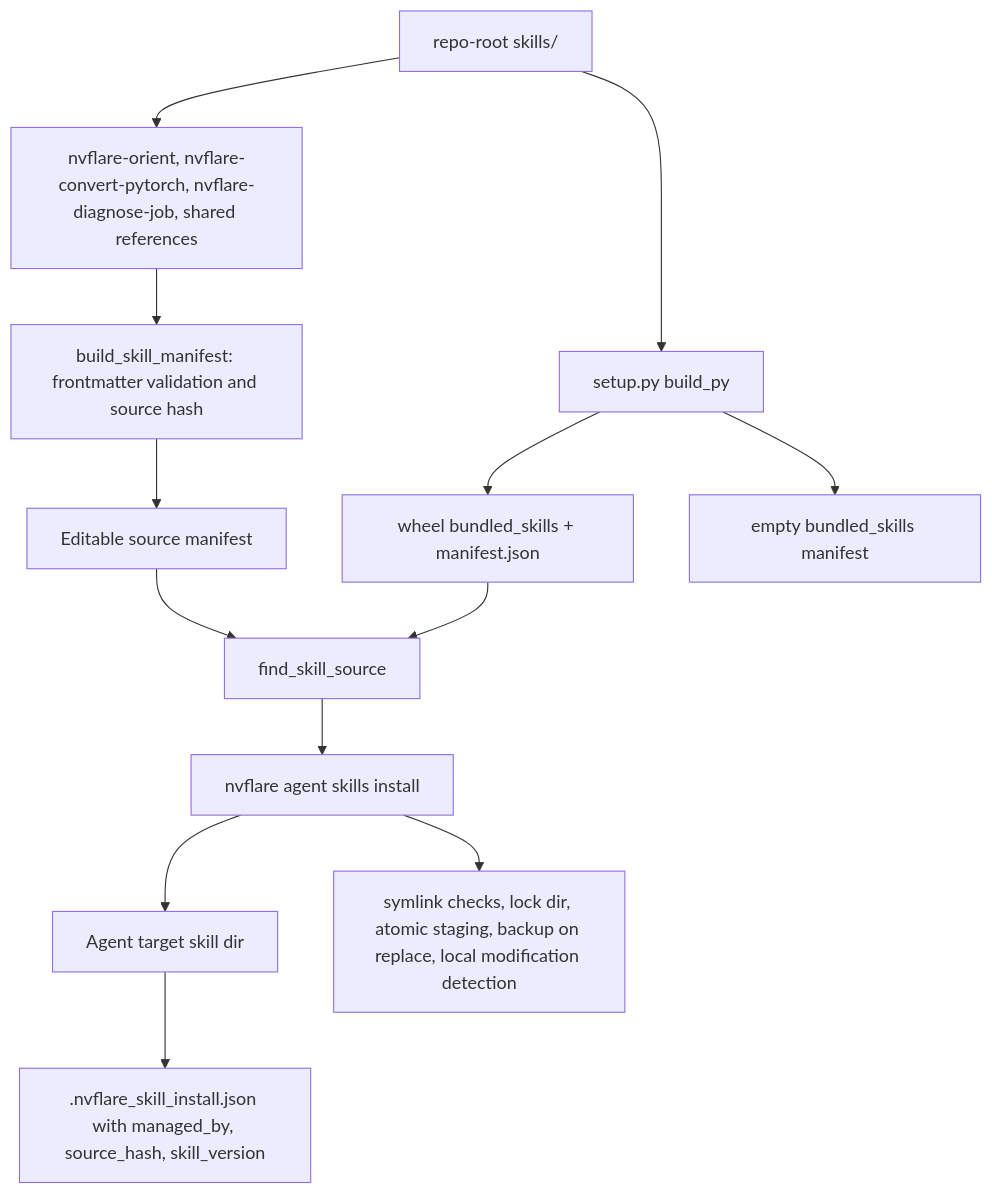
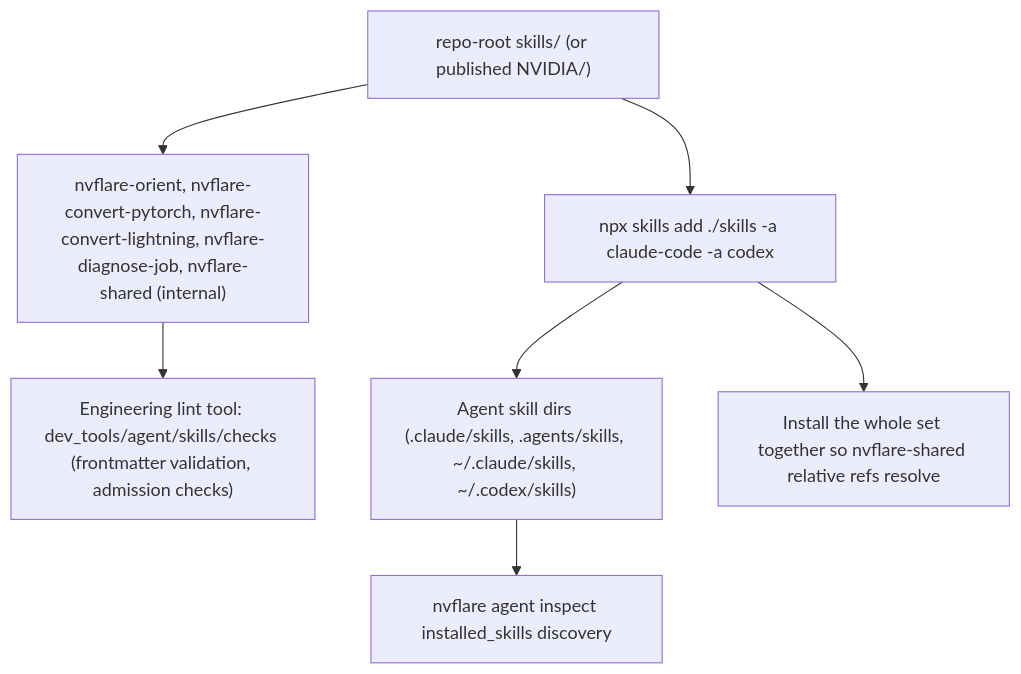
The fourth of 5 diagrams in docs/design/skills_architecture.md (NVIDIA/NVFlare), drawn with Mermaid before and after one commit. The commit also changed other lines of this file and 116 other files, not shown here.

First line of the commit message:
NVFLARE agent skills: PyTorch/Lightning conversion, orient, diagnose — with lint, eval, packaging, and security hardening (#4837)

````diff
--- a/docs/design/skills_architecture.md
+++ b/docs/design/skills_architecture.md
@@ -92,20 +209,12 @@
 ```mermaid
 flowchart TD
-    SkillsRoot["repo-root skills/"] --> SkillDirs["nvflare-orient, nvflare-convert-pytorch, nvflare-diagnose-job, shared references"]
+    SkillsRoot["repo-root skills/ (or published NVIDIA/<skills-repo>)"] --> SkillDirs["nvflare-orient, nvflare-convert-pytorch, nvflare-convert-lightning, nvflare-diagnose-job, nvflare-shared (internal)"]
 
-    SkillDirs --> ManifestBuild["build_skill_manifest: frontmatter validation and source hash"]
-    ManifestBuild --> Editable["Editable source manifest"]
+    SkillDirs --> Lint["Engineering lint tool: dev_tools/agent/skills/checks (frontmatter validation, admission checks)"]
 
-    SkillsRoot --> SetupPy["setup.py build_py"]
-    SetupPy --> Bundle["wheel bundled_skills + manifest.json"]
-    SetupPy --> EmptyBundle["empty bundled_skills manifest"]
+    SkillsRoot --> Install["npx skills add ./skills -a claude-code -a codex"]
+    Install --> Target["Agent skill dirs (.claude/skills, .agents/skills, ~/.claude/skills, ~/.codex/skills)"]
+    Target --> Discover["nvflare agent inspect installed_skills discovery"]
 
-    Editable --> FindSource["find_skill_source"]
-    Bundle --> FindSource
-
-    FindSource --> Install["nvflare agent skills install"]
-    Install --> Target["Agent target skill dir"]
-    Target --> InstallManifest[".nvflare_skill_install.json with managed_by, source_hash, skill_version"]
-
-    Install --> Safety["symlink checks, lock dir, atomic staging, backup on replace, local modification detection"]
+    Install --> WholeSet["Install the whole set together so nvflare-shared relative refs resolve"]
 ```
````
